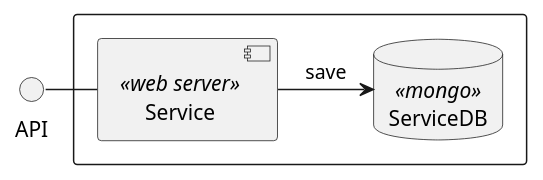
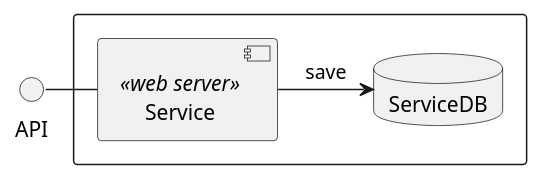
Before and after one commit to revue-org/revue: the diagram in docs/uml/system/Microservice.puml, drawn with PlantUML. The commit also changed 4 other files, not shown here.

Commit message:
docs: add some architecture documentation

```diff
--- a/docs/uml/system/Microservice.puml
+++ b/docs/uml/system/Microservice.puml
@@ -1,13 +1,13 @@
 @startuml
 
 rectangle {
     component Service <<web server>>
-    database ServiceDB <<mongo>>
+    database ServiceDB
 }
 interface API
 
 Service -right-> ServiceDB : save
 Service -left- API
 
 
 @enduml
```
